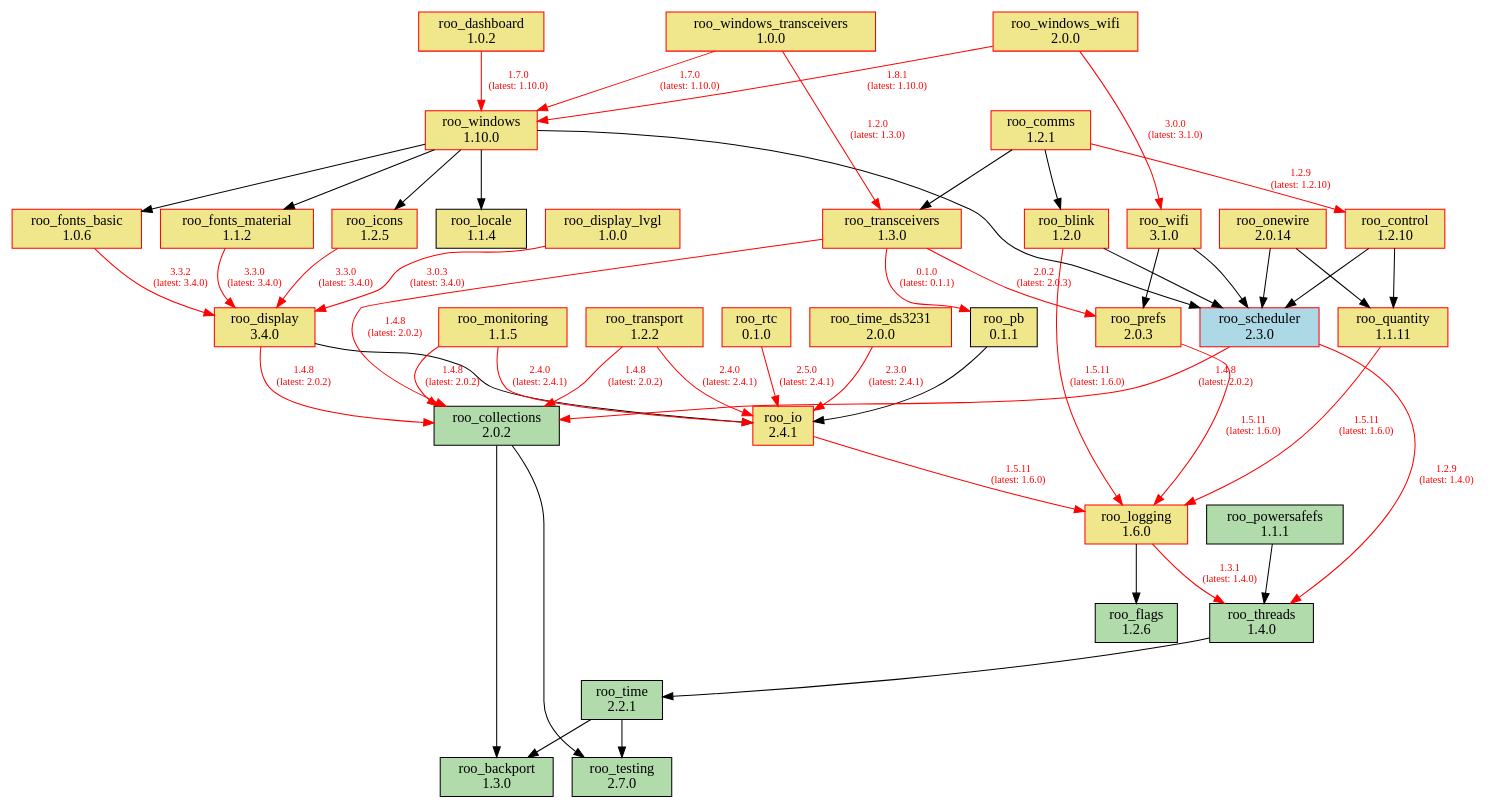
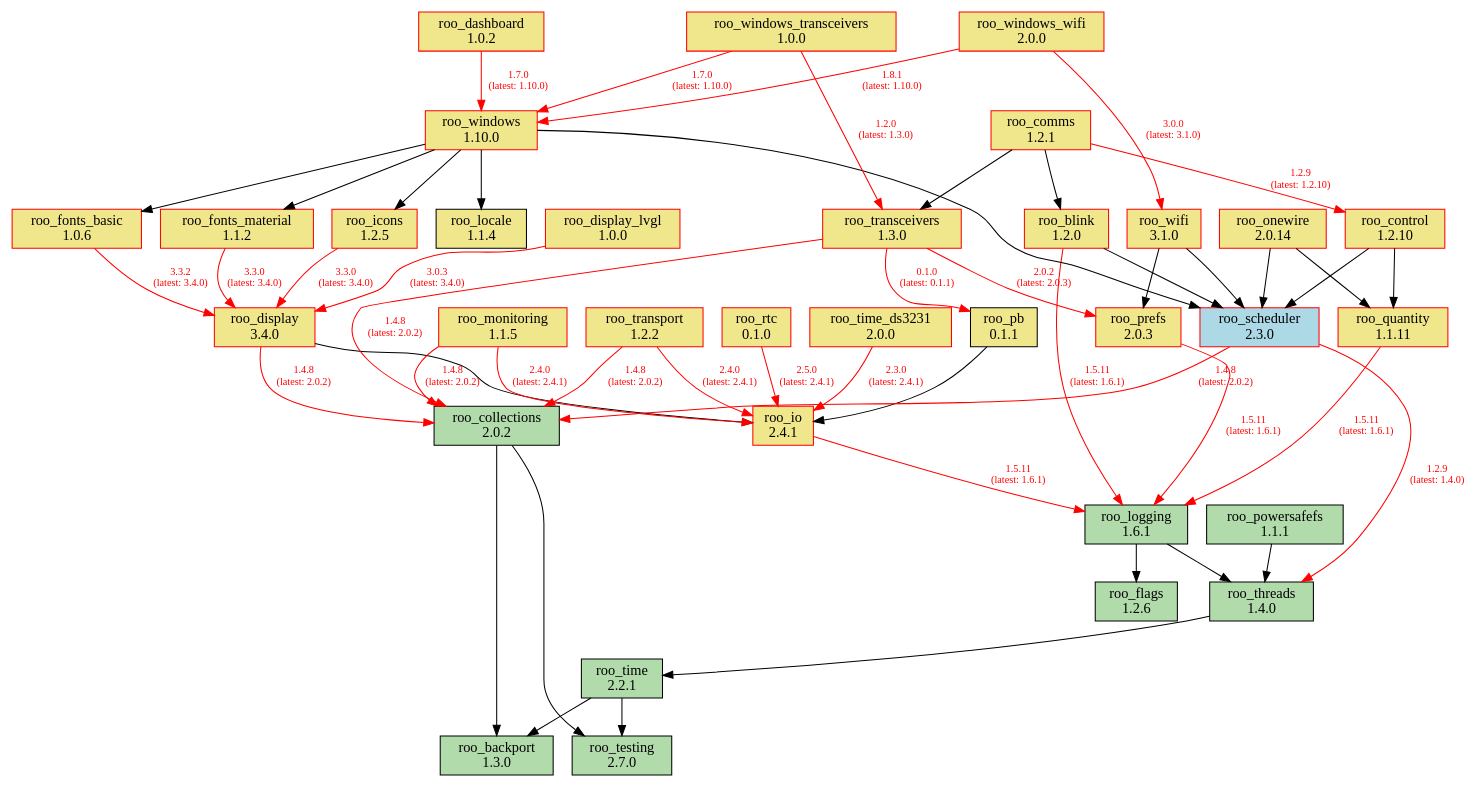
Before and after one commit to dejwk/roo-registry: the diagram in doc/dependencies.dot, drawn with Graphviz. The commit also changed 3 other files, not shown here.

Commit message:
Added roo_logging 1.6.1 to the registry.

```diff
--- a/doc/dependencies.dot
+++ b/doc/dependencies.dot
@@ -1,92 +1,92 @@
 digraph dependencies {
     rankdir=TB;
     node [shape=box, style=filled];
     edge [fontsize=10];
 
     // Modules
     "roo_backport" [label="roo_backport\n1.3.0", fillcolor="#b1dbab", color="black"];
     "roo_blink" [label="roo_blink\n1.2.0", fillcolor="khaki", color="red"];
     "roo_collections" [label="roo_collections\n2.0.2", fillcolor="#b1dbab", color="black"];
     "roo_comms" [label="roo_comms\n1.2.1", fillcolor="khaki", color="red"];
     "roo_control" [label="roo_control\n1.2.10", fillcolor="khaki", color="red"];
     "roo_dashboard" [label="roo_dashboard\n1.0.2", fillcolor="khaki", color="red"];
     "roo_display" [label="roo_display\n3.4.0", fillcolor="khaki", color="red"];
     "roo_display_lvgl" [label="roo_display_lvgl\n1.0.0", fillcolor="khaki", color="red"];
     "roo_flags" [label="roo_flags\n1.2.6", fillcolor="#b1dbab", color="black"];
     "roo_fonts_basic" [label="roo_fonts_basic\n1.0.6", fillcolor="khaki", color="red"];
     "roo_fonts_material" [label="roo_fonts_material\n1.1.2", fillcolor="khaki", color="red"];
     "roo_icons" [label="roo_icons\n1.2.5", fillcolor="khaki", color="red"];
     "roo_io" [label="roo_io\n2.4.1", fillcolor="khaki", color="red"];
     "roo_locale" [label="roo_locale\n1.1.4", fillcolor="khaki", color="black"];
-    "roo_logging" [label="roo_logging\n1.6.0", fillcolor="khaki", color="red"];
+    "roo_logging" [label="roo_logging\n1.6.1", fillcolor="#b1dbab", color="black"];
     "roo_monitoring" [label="roo_monitoring\n1.1.5", fillcolor="khaki", color="red"];
     "roo_onewire" [label="roo_onewire\n2.0.14", fillcolor="khaki", color="red"];
     "roo_pb" [label="roo_pb\n0.1.1", fillcolor="khaki", color="black"];
     "roo_powersafefs" [label="roo_powersafefs\n1.1.1", fillcolor="#b1dbab", color="black"];
     "roo_prefs" [label="roo_prefs\n2.0.3", fillcolor="khaki", color="red"];
     "roo_quantity" [label="roo_quantity\n1.1.11", fillcolor="khaki", color="red"];
     "roo_rtc" [label="roo_rtc\n0.1.0", fillcolor="khaki", color="red"];
     "roo_scheduler" [label="roo_scheduler\n2.3.0", fillcolor="lightblue", color="red"];
     "roo_testing" [label="roo_testing\n2.7.0", fillcolor="#b1dbab", color="black"];
     "roo_threads" [label="roo_threads\n1.4.0", fillcolor="#b1dbab", color="black"];
     "roo_time" [label="roo_time\n2.2.1", fillcolor="#b1dbab", color="black"];
     "roo_time_ds3231" [label="roo_time_ds3231\n2.0.0", fillcolor="khaki", color="red"];
     "roo_transceivers" [label="roo_transceivers\n1.3.0", fillcolor="khaki", color="red"];
     "roo_transport" [label="roo_transport\n1.2.2", fillcolor="khaki", color="red"];
     "roo_wifi" [label="roo_wifi\n3.1.0", fillcolor="khaki", color="red"];
     "roo_windows" [label="roo_windows\n1.10.0", fillcolor="khaki", color="red"];
     "roo_windows_transceivers" [label="roo_windows_transceivers\n1.0.0", fillcolor="khaki", color="red"];
     "roo_windows_wifi" [label="roo_windows_wifi\n2.0.0", fillcolor="khaki", color="red"];
 
     // Dependencies
-    "roo_blink" -> "roo_logging" [color=red, fontcolor=red, label="1.5.11\n(latest: 1.6.0)"];
+    "roo_blink" -> "roo_logging" [color=red, fontcolor=red, label="1.5.11\n(latest: 1.6.1)"];
     "roo_blink" -> "roo_scheduler";
     "roo_collections" -> "roo_testing";
     "roo_collections" -> "roo_backport";
     "roo_comms" -> "roo_blink";
     "roo_comms" -> "roo_control" [color=red, fontcolor=red, label="1.2.9\n(latest: 1.2.10)"];
     "roo_comms" -> "roo_transceivers";
     "roo_control" -> "roo_quantity";
     "roo_control" -> "roo_scheduler";
     "roo_dashboard" -> "roo_windows" [color=red, fontcolor=red, label="1.7.0\n(latest: 1.10.0)"];
     "roo_display" -> "roo_collections" [color=red, fontcolor=red, label="1.4.8\n(latest: 2.0.2)"];
     "roo_display" -> "roo_io";
     "roo_display_lvgl" -> "roo_display" [color=red, fontcolor=red, label="3.0.3\n(latest: 3.4.0)"];
     "roo_fonts_basic" -> "roo_display" [color=red, fontcolor=red, label="3.3.2\n(latest: 3.4.0)"];
     "roo_fonts_material" -> "roo_display" [color=red, fontcolor=red, label="3.3.0\n(latest: 3.4.0)"];
     "roo_icons" -> "roo_display" [color=red, fontcolor=red, label="3.3.0\n(latest: 3.4.0)"];
-    "roo_io" -> "roo_logging" [color=red, fontcolor=red, label="1.5.11\n(latest: 1.6.0)"];
+    "roo_io" -> "roo_logging" [color=red, fontcolor=red, label="1.5.11\n(latest: 1.6.1)"];
     "roo_logging" -> "roo_flags";
-    "roo_logging" -> "roo_threads" [color=red, fontcolor=red, label="1.3.1\n(latest: 1.4.0)"];
+    "roo_logging" -> "roo_threads";
     "roo_monitoring" -> "roo_collections" [color=red, fontcolor=red, label="1.4.8\n(latest: 2.0.2)"];
     "roo_monitoring" -> "roo_io" [color=red, fontcolor=red, label="2.4.0\n(latest: 2.4.1)"];
     "roo_onewire" -> "roo_scheduler";
     "roo_onewire" -> "roo_quantity";
     "roo_pb" -> "roo_io";
     "roo_powersafefs" -> "roo_threads";
-    "roo_prefs" -> "roo_logging" [color=red, fontcolor=red, label="1.5.11\n(latest: 1.6.0)"];
-    "roo_quantity" -> "roo_logging" [color=red, fontcolor=red, label="1.5.11\n(latest: 1.6.0)"];
+    "roo_prefs" -> "roo_logging" [color=red, fontcolor=red, label="1.5.11\n(latest: 1.6.1)"];
+    "roo_quantity" -> "roo_logging" [color=red, fontcolor=red, label="1.5.11\n(latest: 1.6.1)"];
     "roo_rtc" -> "roo_io" [color=red, fontcolor=red, label="2.5.0\n(latest: 2.4.1)"];
     "roo_scheduler" -> "roo_collections" [color=red, fontcolor=red, label="1.4.8\n(latest: 2.0.2)"];
     "roo_scheduler" -> "roo_threads" [color=red, fontcolor=red, label="1.2.9\n(latest: 1.4.0)"];
     "roo_threads" -> "roo_time";
     "roo_time" -> "roo_testing";
     "roo_time" -> "roo_backport";
     "roo_time_ds3231" -> "roo_io" [color=red, fontcolor=red, label="2.3.0\n(latest: 2.4.1)"];
     "roo_transceivers" -> "roo_pb" [color=red, fontcolor=red, label="0.1.0\n(latest: 0.1.1)"];
     "roo_transceivers" -> "roo_collections" [color=red, fontcolor=red, label="1.4.8\n(latest: 2.0.2)"];
     "roo_transceivers" -> "roo_prefs" [color=red, fontcolor=red, label="2.0.2\n(latest: 2.0.3)"];
     "roo_transport" -> "roo_collections" [color=red, fontcolor=red, label="1.4.8\n(latest: 2.0.2)"];
     "roo_transport" -> "roo_io" [color=red, fontcolor=red, label="2.4.0\n(latest: 2.4.1)"];
     "roo_wifi" -> "roo_prefs";
     "roo_wifi" -> "roo_scheduler";
     "roo_windows" -> "roo_fonts_basic";
     "roo_windows" -> "roo_fonts_material";
     "roo_windows" -> "roo_locale";
     "roo_windows" -> "roo_icons";
     "roo_windows" -> "roo_scheduler";
     "roo_windows_transceivers" -> "roo_transceivers" [color=red, fontcolor=red, label="1.2.0\n(latest: 1.3.0)"];
     "roo_windows_transceivers" -> "roo_windows" [color=red, fontcolor=red, label="1.7.0\n(latest: 1.10.0)"];
     "roo_windows_wifi" -> "roo_wifi" [color=red, fontcolor=red, label="3.0.0\n(latest: 3.1.0)"];
     "roo_windows_wifi" -> "roo_windows" [color=red, fontcolor=red, label="1.8.1\n(latest: 1.10.0)"];
 }
```
